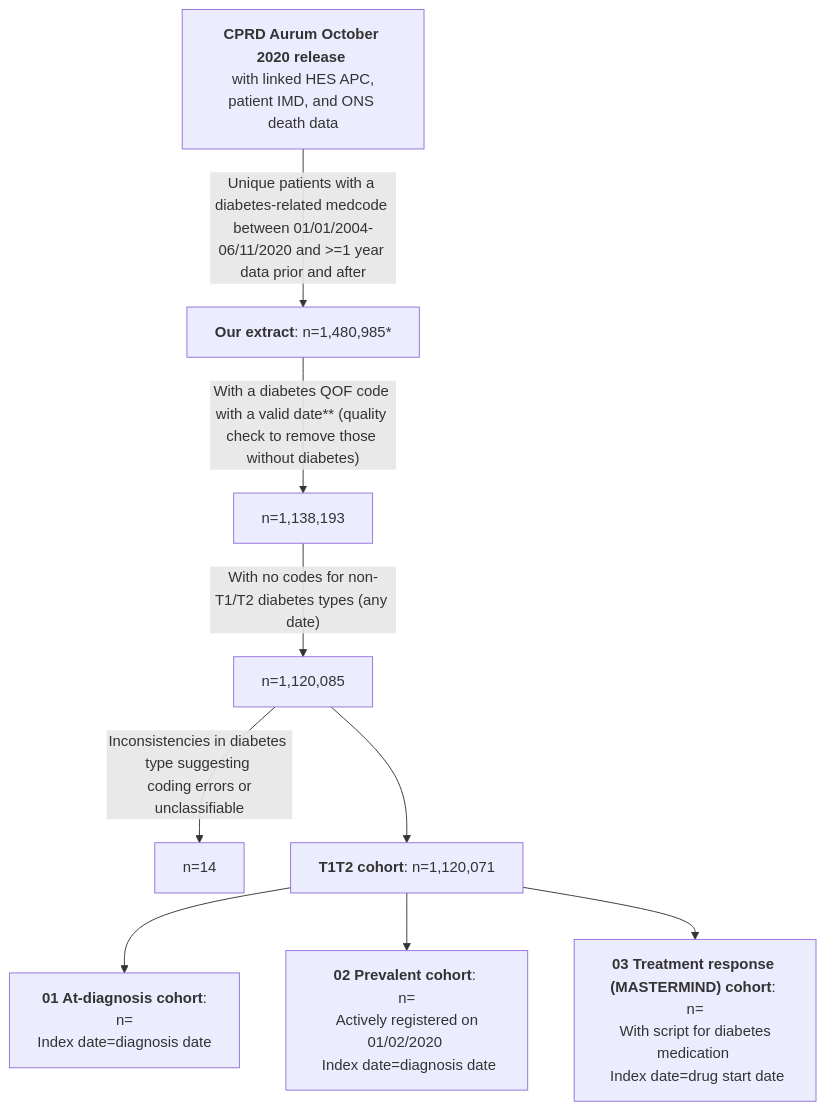
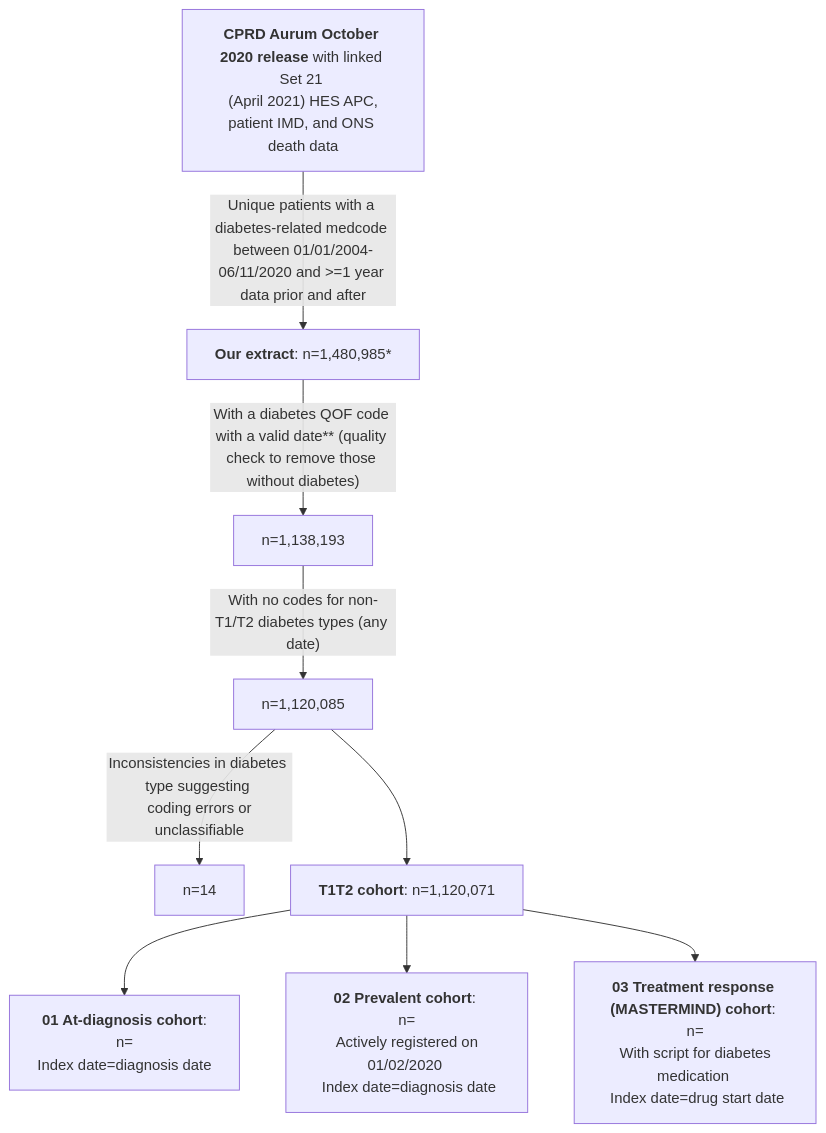
One commit to Exeter-Diabetes/CPRD-Cohort-scripts changed the first of 2 diagrams in README.md. Above: the diagram before and after it, drawn with Mermaid.

````diff
--- a/README.md
+++ b/README.md
@@ -12,11 +12,11 @@
 ```mermaid
 graph TD;
-    A["<b>CPRD Aurum October 2020 release</b> <br> with linked HES APC, patient IMD, and ONS death data"] --> |"Unique patients with a diabetes-related medcode between 01/01/2004-06/11/2020 and >=1 year data prior and after"| B["<b>Our extract</b>: n=1,480,985*"]
+    A["<b>CPRD Aurum October 2020 release</b> with linked Set 21 <br> (April 2021) HES APC, patient IMD, and ONS death data"] --> |"Unique patients with a diabetes-related medcode between 01/01/2004-06/11/2020 and >=1 year data prior and after"| B["<b>Our extract</b>: n=1,480,985*"]
     B -->|"With a diabetes QOF code with a valid date** (quality check to remove those without diabetes)"|C["n=1,138,193"]
     C --> |"With no codes for non-T1/T2 diabetes types (any date)"|D["n=1,120,085"]
     D --> |"Inconsistencies in diabetes type suggesting <br> coding errors or unclassifiable"|E["n=14"]
     D --> F["<b>T1T2 cohort</b>: n=1,120,071"]
     F --> G["<b>01 At-diagnosis cohort</b>: <br> n= <br> Index date=diagnosis date"]
     F --> H["<b>02 Prevalent cohort</b>: <br> n= <br> Actively registered on 01/02/2020 <br> Index date=diagnosis date"]
     F --> I["<b>03 Treatment response (MASTERMIND) cohort</b>: <br> n= <br> With script for diabetes medication <br> Index date=drug start date"]
 ```
````
